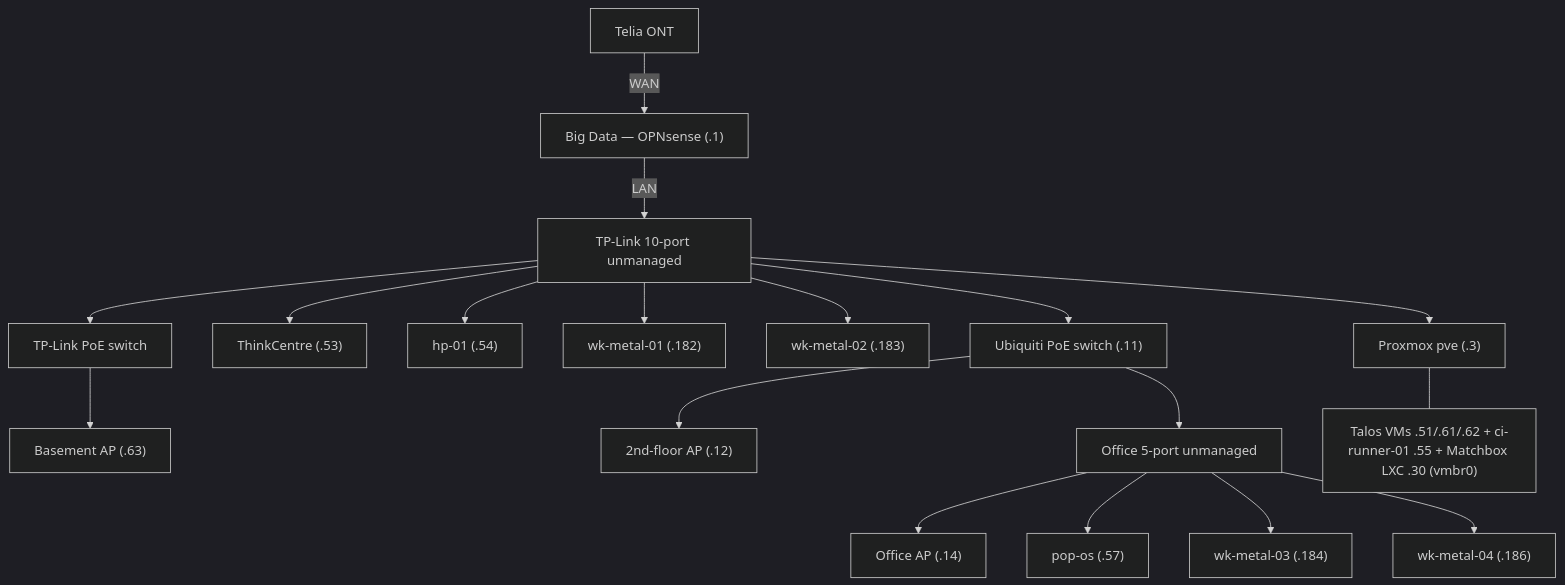
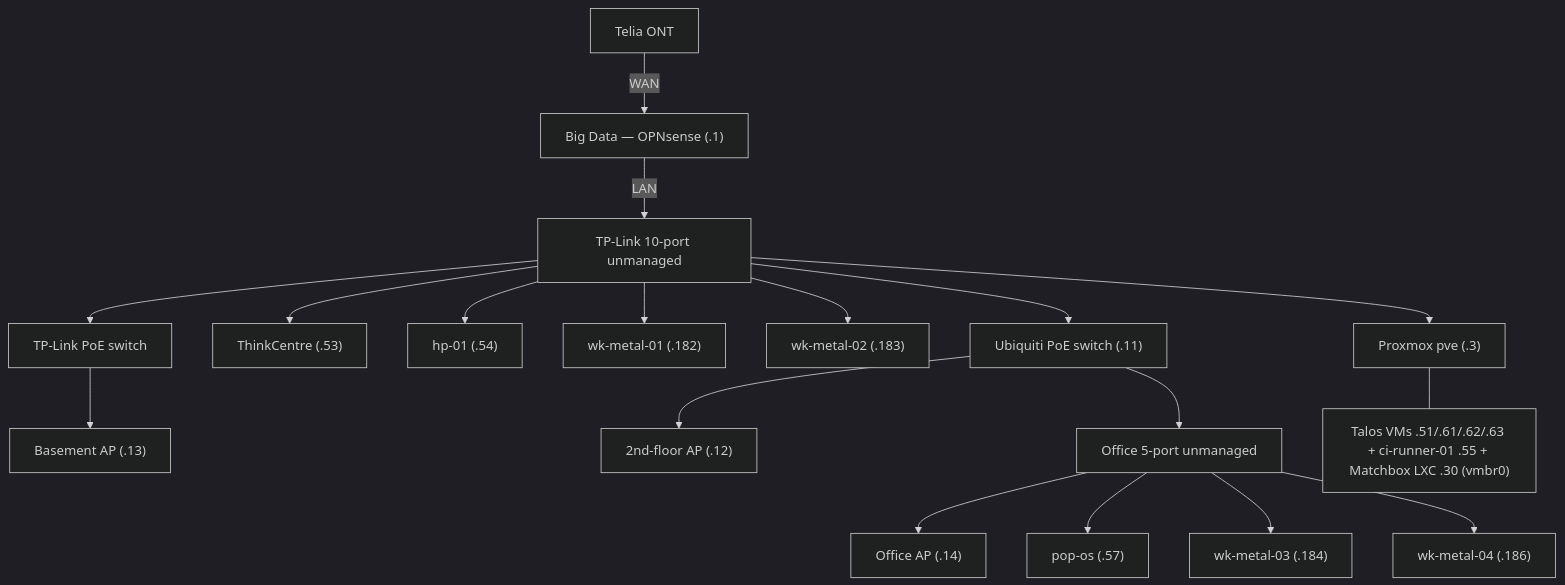
One commit to teststuffstash/homelab changed the diagram in docs/network-physical.md. Above: the diagram before and after it, drawn with Mermaid (dark theme). The commit also changed other lines of this file and 38 other files, not shown here.

````diff
--- a/docs/network-physical.md
+++ b/docs/network-physical.md
@@ -58,20 +57,20 @@
 ```mermaid
 graph TD
   ONT[Telia ONT] -->|WAN| OPN["Big Data — OPNsense (.1)"]
   OPN -->|LAN| SW10[TP-Link 10-port unmanaged]
   SW10 --> PVE["Proxmox pve (.3)"]
   SW10 --> TC["ThinkCentre (.53)"]
   SW10 --> HP["hp-01 (.54)"]
   SW10 --> WM1["wk-metal-01 (.182)"]
   SW10 --> WM2["wk-metal-02 (.183)"]
   SW10 --> POE1[TP-Link PoE switch]
   SW10 --> UBNT["Ubiquiti PoE switch (.11)"]
-  POE1 --> APB["Basement AP (.63)"]
+  POE1 --> APB["Basement AP (.13)"]
   UBNT --> AP2["2nd-floor AP (.12)"]
   UBNT --> SW5[Office 5-port unmanaged]
   SW5 --> APO["Office AP (.14)"]
   SW5 --> POP["pop-os (.57)"]
   SW5 --> WM3["wk-metal-03 (.184)"]
   SW5 --> WM4["wk-metal-04 (.186)"]
-  PVE --- VMS["Talos VMs .51/.61/.62 + ci-runner-01 .55 + Matchbox LXC .30 (vmbr0)"]
+  PVE --- VMS["Talos VMs .51/.61/.62/.63 + ci-runner-01 .55 + Matchbox LXC .30 (vmbr0)"]
 ```
````
